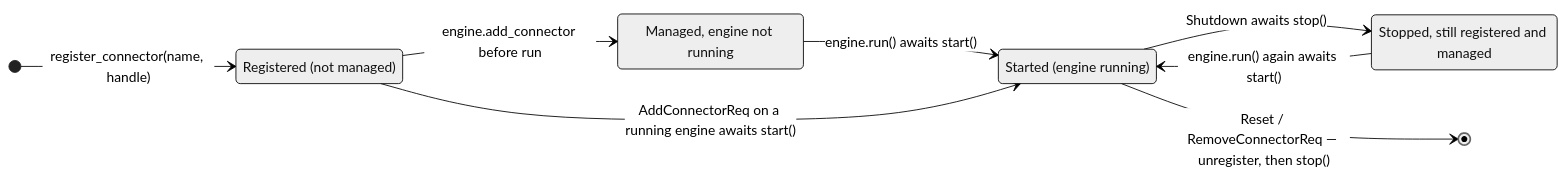
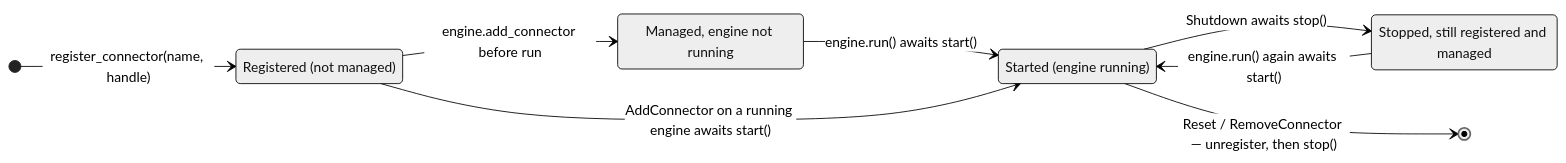
The second of 12 diagrams in docs/connectors.md (rracariu/logic-mesh), drawn with Mermaid (neutral theme) before and after one commit. The commit also changed other lines of this file and 38 other files, not shown here.

````diff
--- a/docs/connectors.md
+++ b/docs/connectors.md
@@ -227,16 +233,16 @@
 ```mermaid
 stateDiagram-v2
   direction LR
   state "Registered (not managed)" as Registered
   state "Managed, engine not running" as Managed
   state "Started (engine running)" as Started
   state "Stopped, still registered and managed" as Retained
 
   [*] --> Registered: register_connector(name, handle)
   Registered --> Managed: engine.add_connector before run
   Managed --> Started: engine.run() awaits start()
-  Registered --> Started: AddConnectorReq on a running engine awaits start()
+  Registered --> Started: AddConnector on a running engine awaits start()
   Started --> Retained: Shutdown awaits stop()
   Retained --> Started: engine.run() again awaits start()
-  Started --> [*]: Reset / RemoveConnectorReq — unregister, then stop()
+  Started --> [*]: Reset / RemoveConnector — unregister, then stop()
 ```
````
